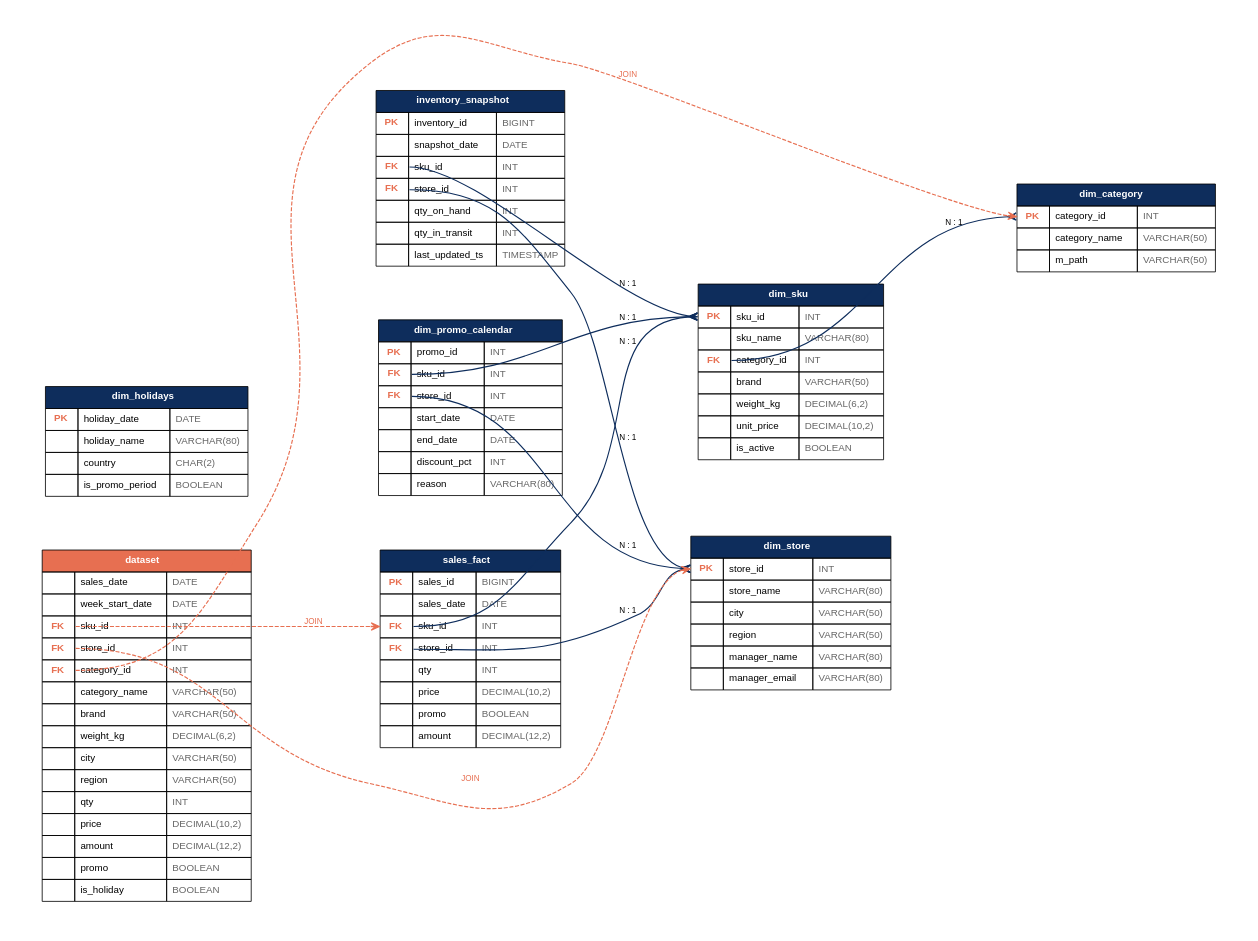
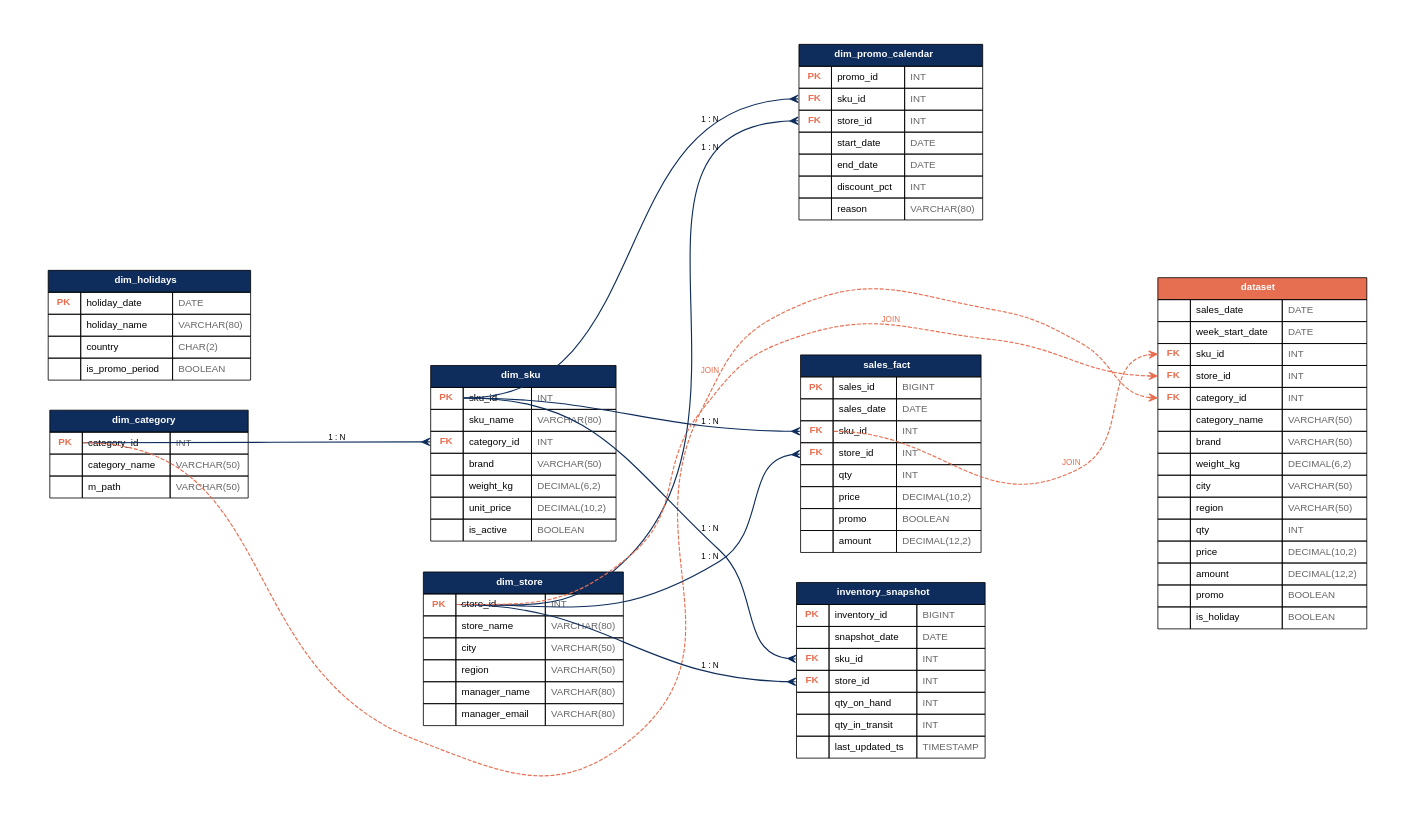
Before and after one commit to kgorbunova3/sku-sales-forecast: the diagram in docs/db_schema.dot, drawn with Graphviz. The commit also changed 2 other files, not shown here.

Commit message:
docs(schema): fix layout — 4 ranks left to right, JOIN edges decoupled

```diff
--- a/docs/db_schema.dot
+++ b/docs/db_schema.dot
@@ -1,6 +1,6 @@
 digraph DB {
   rankdir=LR;
-  graph [bgcolor="white", pad="0.5", nodesep="0.8", ranksep="1.6", splines="spline", concentrate=false];
+  graph [bgcolor="white", pad="0.6", nodesep="0.4", ranksep="2.4", splines="spline", overlap=false];
   node [shape=plaintext, fontname="Helvetica", fontsize=12];
   edge [fontname="Helvetica", fontsize=10, color="#0E2D5C", penwidth=1.4];
 
@@ -86,14 +86,28 @@
   <TR><TD WIDTH="40" ALIGN="CENTER" PORT="is_holiday"></TD><TD ALIGN="LEFT">is_holiday</TD><TD ALIGN="LEFT"><FONT COLOR="#666666">BOOLEAN</FONT></TD></TR>
 </TABLE>>];
 
-  dim_sku:category_id:e -> dim_category:category_id:w [label="N : 1", arrowhead=crow, arrowtail=none];
-  dim_promo_calendar:sku_id:e -> dim_sku:sku_id:w [label="N : 1", arrowhead=crow, arrowtail=none];
-  dim_promo_calendar:store_id:e -> dim_store:store_id:w [label="N : 1", arrowhead=crow, arrowtail=none];
-  sales_fact:sku_id:e -> dim_sku:sku_id:w [label="N : 1", arrowhead=crow, arrowtail=none];
-  sales_fact:store_id:e -> dim_store:store_id:w [label="N : 1", arrowhead=crow, arrowtail=none];
-  inventory_snapshot:sku_id:e -> dim_sku:sku_id:w [label="N : 1", arrowhead=crow, arrowtail=none];
-  inventory_snapshot:store_id:e -> dim_store:store_id:w [label="N : 1", arrowhead=crow, arrowtail=none];
-  dataset:sku_id:e -> sales_fact:sku_id:w [label="JOIN", color="#E76F51", fontcolor="#E76F51", style="dashed", arrowhead=open];
-  dataset:category_id:e -> dim_category:category_id:w [label="JOIN", color="#E76F51", fontcolor="#E76F51", style="dashed", arrowhead=open];
-  dataset:store_id:e -> dim_store:store_id:w [label="JOIN", color="#E76F51", fontcolor="#E76F51", style="dashed", arrowhead=open];
+  // Layout: 4 ranks left → right
+  { rank=same; dim_category; dim_holidays; }
+  { rank=same; dim_sku; dim_store; }
+  { rank=same; sales_fact; inventory_snapshot; dim_promo_calendar; }
+  { rank=same; dataset; }
+
+  // Невидимі edges для ранжування зліва направо
+  dim_category -> dim_sku [style=invis];
+  dim_sku -> sales_fact [style=invis];
+  sales_fact -> dataset [style=invis];
+
+  // FK-зв'язки (від parent до child, з відображенням кардинальності 1 : N)
+  dim_category:category_id:e -> dim_sku:category_id:w [label="1 : N", arrowhead=crow, arrowtail=none];
+  dim_sku:sku_id:e -> dim_promo_calendar:sku_id:w [label="1 : N", arrowhead=crow, arrowtail=none];
+  dim_store:store_id:e -> dim_promo_calendar:store_id:w [label="1 : N", arrowhead=crow, arrowtail=none];
+  dim_sku:sku_id:e -> sales_fact:sku_id:w [label="1 : N", arrowhead=crow, arrowtail=none];
+  dim_store:store_id:e -> sales_fact:store_id:w [label="1 : N", arrowhead=crow, arrowtail=none];
+  dim_sku:sku_id:e -> inventory_snapshot:sku_id:w [label="1 : N", arrowhead=crow, arrowtail=none];
+  dim_store:store_id:e -> inventory_snapshot:store_id:w [label="1 : N", arrowhead=crow, arrowtail=none];
+
+  // JOIN-зв'язки до dataset — constraint=false, не впливають на layout
+  sales_fact:sku_id:e -> dataset:sku_id:w [label="JOIN", color="#E76F51", fontcolor="#E76F51", style="dashed", arrowhead=open, constraint=false];
+  dim_category:category_id:e -> dataset:category_id:w [label="JOIN", color="#E76F51", fontcolor="#E76F51", style="dashed", arrowhead=open, constraint=false];
+  dim_store:store_id:e -> dataset:store_id:w [label="JOIN", color="#E76F51", fontcolor="#E76F51", style="dashed", arrowhead=open, constraint=false];
 }
```
